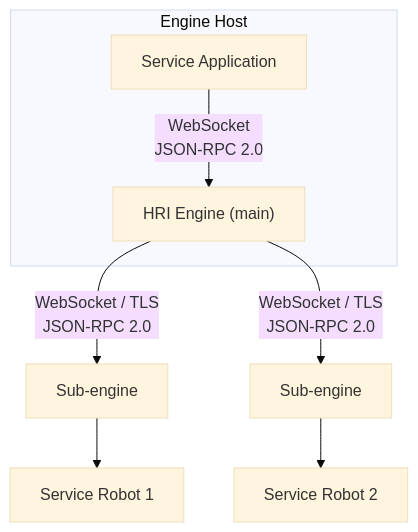
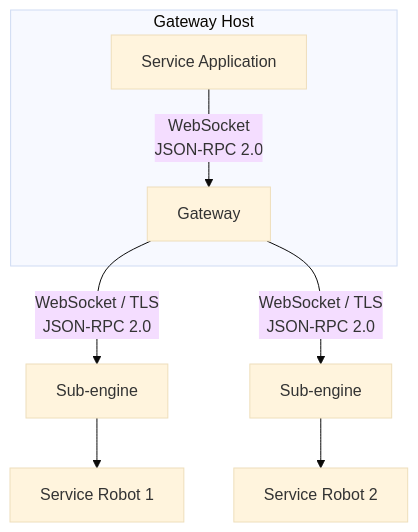
The third of 5 diagrams in docs/architecture.md (openrois/openrois), drawn with Mermaid (base theme) before and after one commit. The commit also changed other lines of this file and 7 other files, not shown here.

First line of the commit message:
docs: rewrite architecture, roadmap, and white paper to recursive engine model

````diff
--- a/docs/architecture.md
+++ b/docs/architecture.md
@@ -170,14 +700,14 @@
 ```mermaid
 flowchart TB
-    subgraph EngineHost["Engine Host"]
+    subgraph GatewayHost["Gateway Host"]
         App["Service Application"]
-        GW["HRI Engine (main)"]
+        GW["Gateway"]
         App -->|"WebSocket<br/>JSON-RPC 2.0"| GW
     end
 
     GW -->|"WebSocket / TLS<br/>JSON-RPC 2.0"| SubEngine1["Sub-engine"]
     SubEngine1 --> Robot1["Service Robot 1"]
 
     GW -->|"WebSocket / TLS<br/>JSON-RPC 2.0"| SubEngine2["Sub-engine"]
     SubEngine2 --> Robot2["Service Robot 2"]
 ```
````
